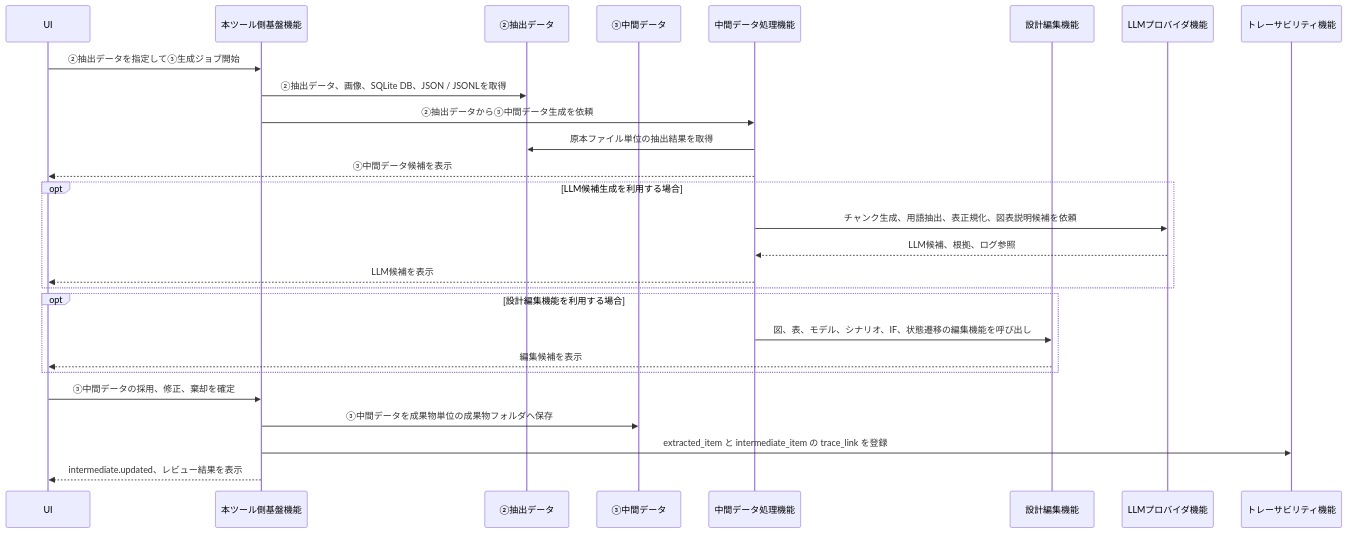
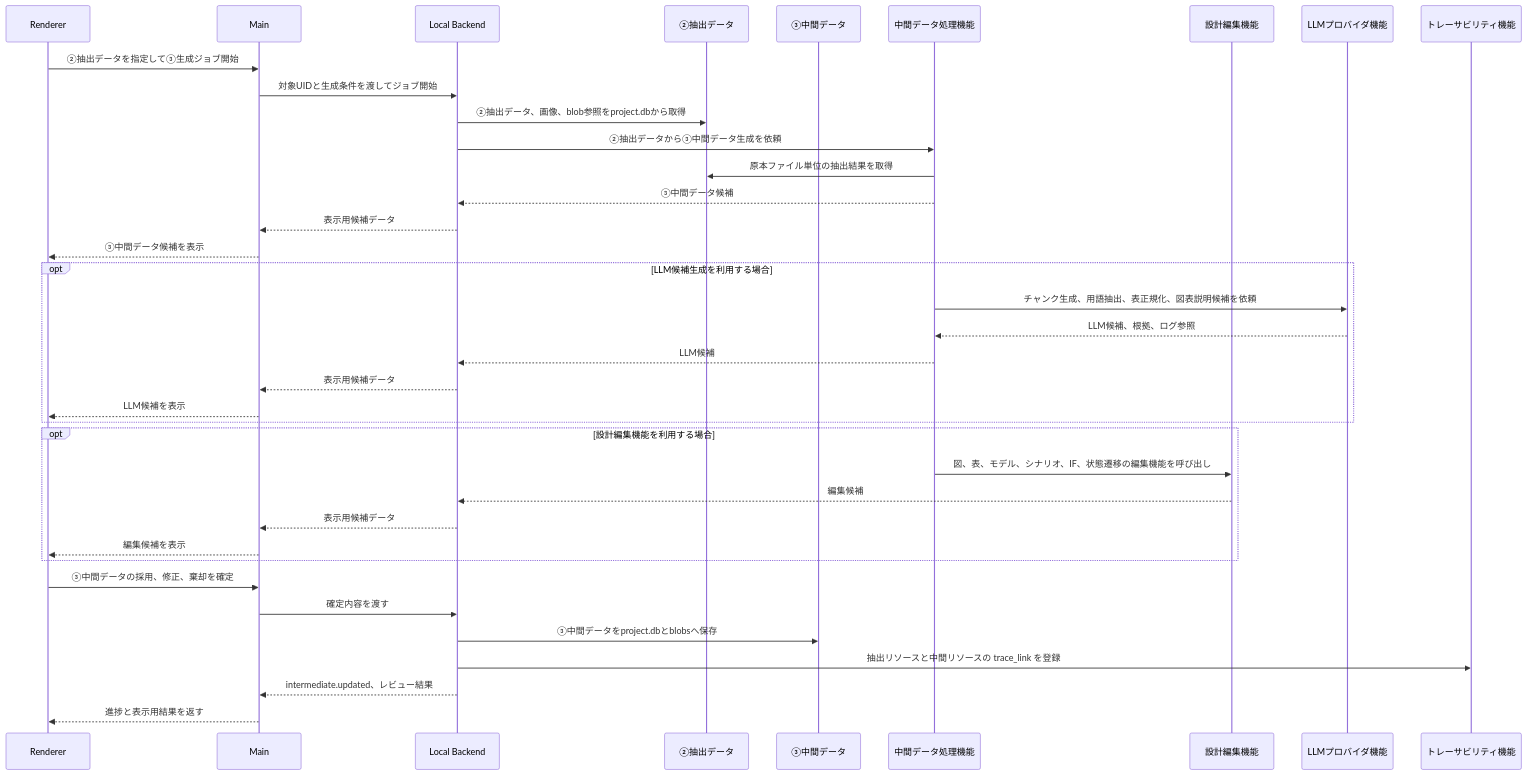
Before and after one commit to kfuruichi0920/d2d: the fifth of 9 diagrams in docs/sdd_function_architecture.md, drawn with Mermaid. The commit also changed other lines of this file, not shown here.

````diff
--- a/docs/sdd_function_architecture.md
+++ b/docs/sdd_function_architecture.md
@@ -294,30 +317,40 @@
 ```mermaid
 sequenceDiagram
-    participant UI as UI
-    participant Host as 本ツール側基盤機能
+    participant UI as Renderer
+    participant Main as Main
+    participant Host as Local Backend
     participant Extracted as ②抽出データ
     participant IntermediateData as ③中間データ
     participant Intermediate as 中間データ処理機能
     participant DesignEdit as 設計編集機能
     participant LLM as LLMプロバイダ機能
     participant Trace as トレーサビリティ機能
 
-    UI->>Host: ②抽出データを指定して③生成ジョブ開始
-    Host->>Extracted: ②抽出データ、画像、SQLite DB、JSON / JSONLを取得
+    UI->>Main: ②抽出データを指定して③生成ジョブ開始
+    Main->>Host: 対象UIDと生成条件を渡してジョブ開始
+    Host->>Extracted: ②抽出データ、画像、blob参照をproject.dbから取得
     Host->>Intermediate: ②抽出データから③中間データ生成を依頼
     Intermediate->>Extracted: 原本ファイル単位の抽出結果を取得
-    Intermediate-->>UI: ③中間データ候補を表示
+    Intermediate-->>Host: ③中間データ候補
+    Host-->>Main: 表示用候補データ
+    Main-->>UI: ③中間データ候補を表示
     opt LLM候補生成を利用する場合
         Intermediate->>LLM: チャンク生成、用語抽出、表正規化、図表説明候補を依頼
         LLM-->>Intermediate: LLM候補、根拠、ログ参照
-        Intermediate-->>UI: LLM候補を表示
+        Intermediate-->>Host: LLM候補
+        Host-->>Main: 表示用候補データ
+        Main-->>UI: LLM候補を表示
     end
     opt 設計編集機能を利用する場合
         Intermediate->>DesignEdit: 図、表、モデル、シナリオ、IF、状態遷移の編集機能を呼び出し
-        DesignEdit-->>UI: 編集候補を表示
+        DesignEdit-->>Host: 編集候補
+        Host-->>Main: 表示用候補データ
+        Main-->>UI: 編集候補を表示
     end
-    UI->>Host: ③中間データの採用、修正、棄却を確定
-    Host->>IntermediateData: ③中間データを成果物単位の成果物フォルダへ保存
-    Host->>Trace: extracted_item と intermediate_item の trace_link を登録
-    Host-->>UI: intermediate.updated、レビュー結果を表示
+    UI->>Main: ③中間データの採用、修正、棄却を確定
+    Main->>Host: 確定内容を渡す
+    Host->>IntermediateData: ③中間データをproject.dbとblobsへ保存
+    Host->>Trace: 抽出リソースと中間リソースの trace_link を登録
+    Host-->>Main: intermediate.updated、レビュー結果
+    Main-->>UI: 進捗と表示用結果を返す
 ```
````
